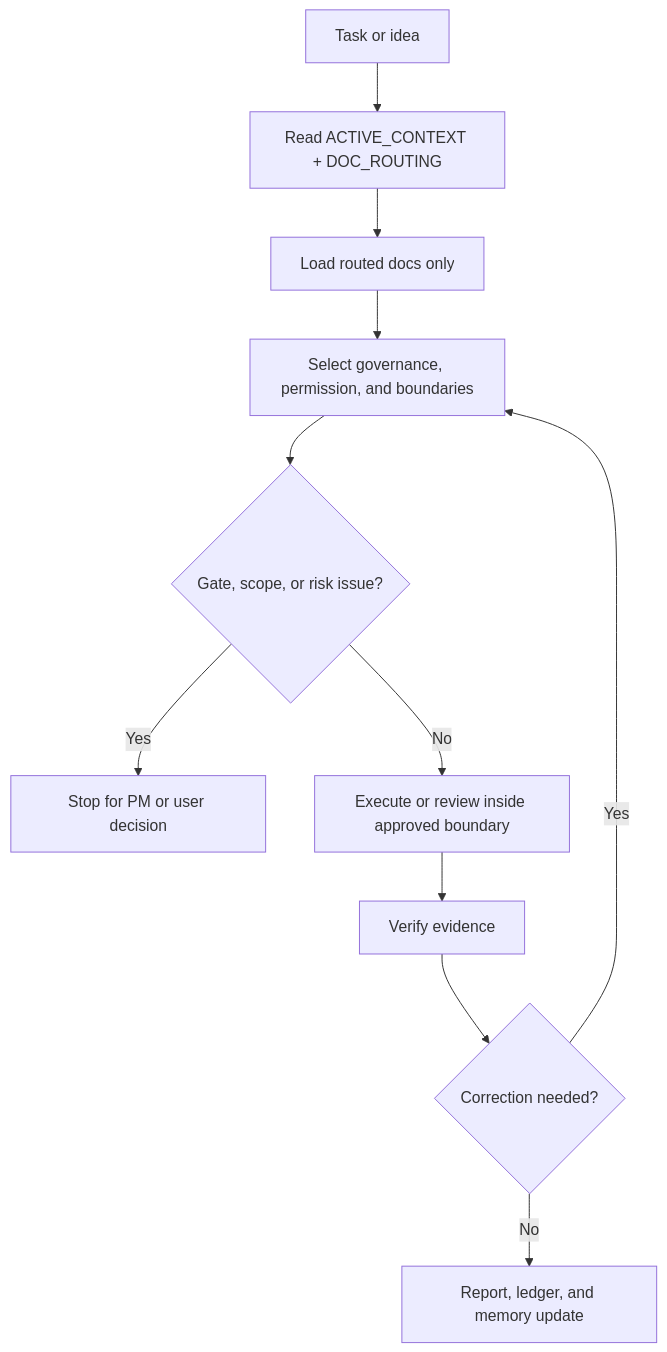
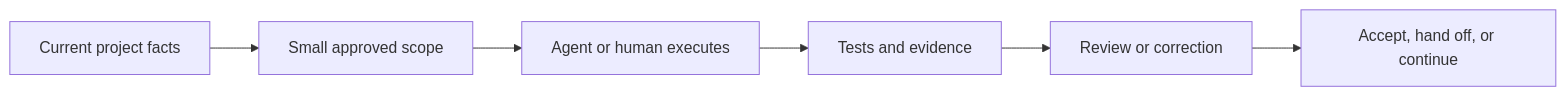
The diagram in README.md (JoeKeepGo/SAGE-Kit), drawn with Mermaid before and after one commit. The commit also changed other lines of this file and 1 other file, not shown here.

Commit message:
docs: simplify project readmes

````diff
--- a/README.md
+++ b/README.md
@@ -600,13 +96,8 @@
 ```mermaid
-flowchart TD
-  A["Task or idea"] --> B["Read ACTIVE_CONTEXT + DOC_ROUTING"]
-  B --> C["Load routed docs only"]
-  C --> D["Select governance, permission, and boundaries"]
-  D --> E{"Gate, scope, or risk issue?"}
-  E -- "Yes" --> F["Stop for PM or user decision"]
-  E -- "No" --> G["Execute or review inside approved boundary"]
-  G --> H["Verify evidence"]
-  H --> I{"Correction needed?"}
-  I -- "Yes" --> D
-  I -- "No" --> J["Report, ledger, and memory update"]
+flowchart LR
+  A["Current project facts"] --> B["Small approved scope"]
+  B --> C["Agent or human executes"]
+  C --> D["Tests and evidence"]
+  D --> E["Review or correction"]
+  E --> F["Accept, hand off, or continue"]
 ```
````
